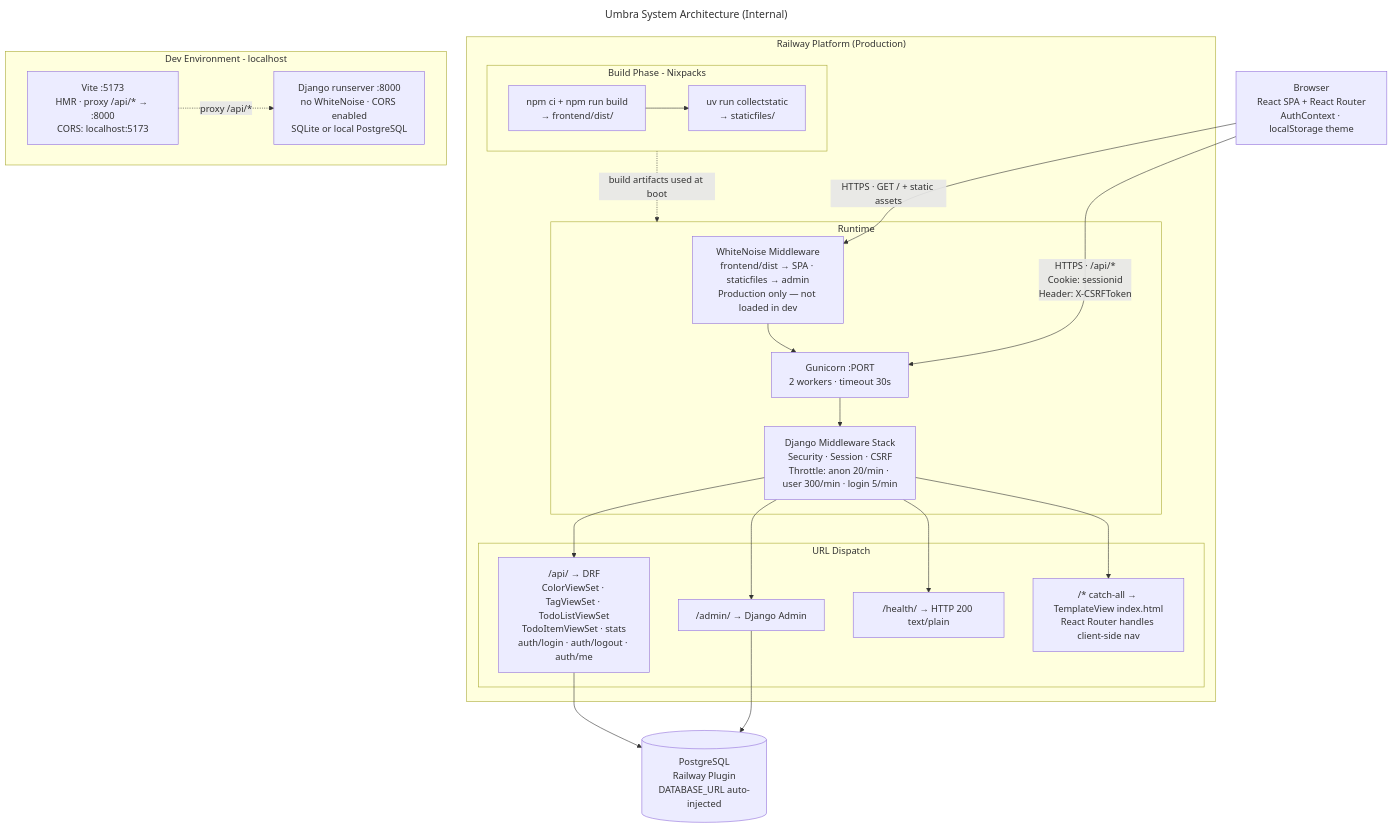
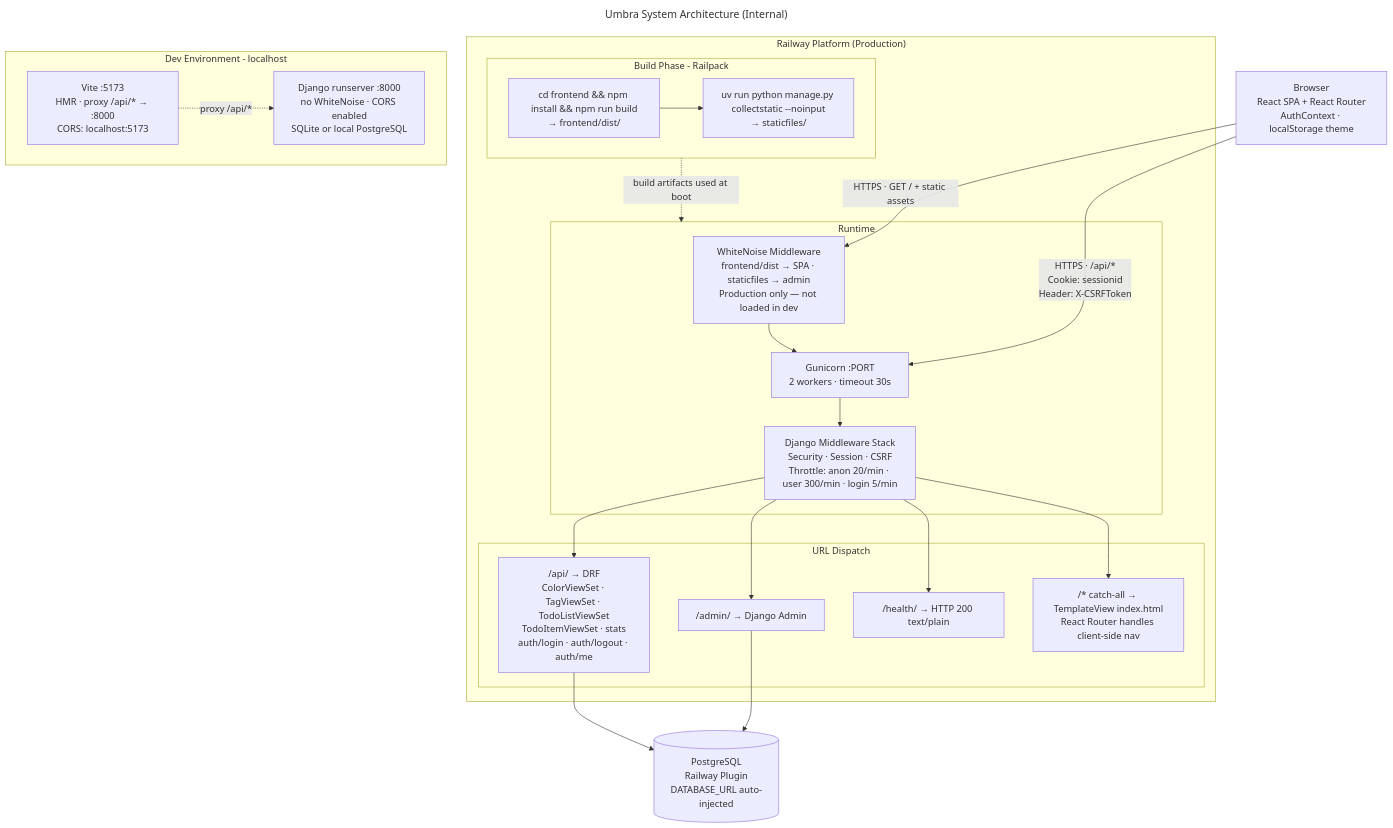
Before and after one commit to masriamir/umbra: the diagram in docs/internal/diagrams/system-architecture.mmd, drawn with Mermaid. The commit also changed 10 other files, not shown here.

First line of the commit message:
Migrate Railway build from deprecated Nixpacks to Railpack (#28)

```diff
--- a/docs/internal/diagrams/system-architecture.mmd
+++ b/docs/internal/diagrams/system-architecture.mmd
@@ -1,42 +1,42 @@
 ---
 title: Umbra System Architecture (Internal)
 ---
 flowchart TB
   BROWSER["Browser\nReact SPA + React Router\nAuthContext · localStorage theme"]
 
   subgraph RAILWAY["Railway Platform (Production)"]
-    subgraph BUILD["Build Phase - Nixpacks"]
-      B1["npm ci + npm run build\n→ frontend/dist/"]
-      B2["uv run collectstatic\n→ staticfiles/"]
+    subgraph BUILD["Build Phase - Railpack"]
+      B1["cd frontend && npm install && npm run build\n→ frontend/dist/"]
+      B2["uv run python manage.py collectstatic --noinput\n→ staticfiles/"]
       B1 --> B2
     end
 
     subgraph SERVE["Runtime"]
       WN["WhiteNoise Middleware\nfrontend/dist → SPA · staticfiles → admin\nProduction only — not loaded in dev"]
       GUN["Gunicorn :PORT\n2 workers · timeout 30s"]
       DJ["Django Middleware Stack\nSecurity · Session · CSRF\nThrottle: anon 20/min · user 300/min · login 5/min"]
       WN --> GUN --> DJ
     end
 
     subgraph URLS["URL Dispatch"]
       U1["/api/ → DRF\nColorViewSet · TagViewSet · TodoListViewSet\nTodoItemViewSet · stats\nauth/login · auth/logout · auth/me"]
       U2["/admin/ → Django Admin"]
       U3["/health/ → HTTP 200 text/plain"]
       U4["/* catch-all → TemplateView index.html\nReact Router handles client-side nav"]
     end
 
     BUILD -.->|"build artifacts used at boot"| SERVE
     DJ --> U1 & U2 & U3 & U4
   end
 
   PG[("PostgreSQL\nRailway Plugin\nDATABASE_URL auto-injected")]
 
   BROWSER -->|"HTTPS · GET / + static assets"| WN
   BROWSER -->|"HTTPS · /api/*\nCookie: sessionid\nHeader: X-CSRFToken"| GUN
   U1 & U2 --> PG
 
   subgraph DEV["Dev Environment - localhost"]
     VITE["Vite :5173\nHMR · proxy /api/* → :8000\nCORS: localhost:5173"]
     DJRUN["Django runserver :8000\nno WhiteNoise · CORS enabled\nSQLite or local PostgreSQL"]
     VITE -.->|"proxy /api/*"| DJRUN
   end
```
